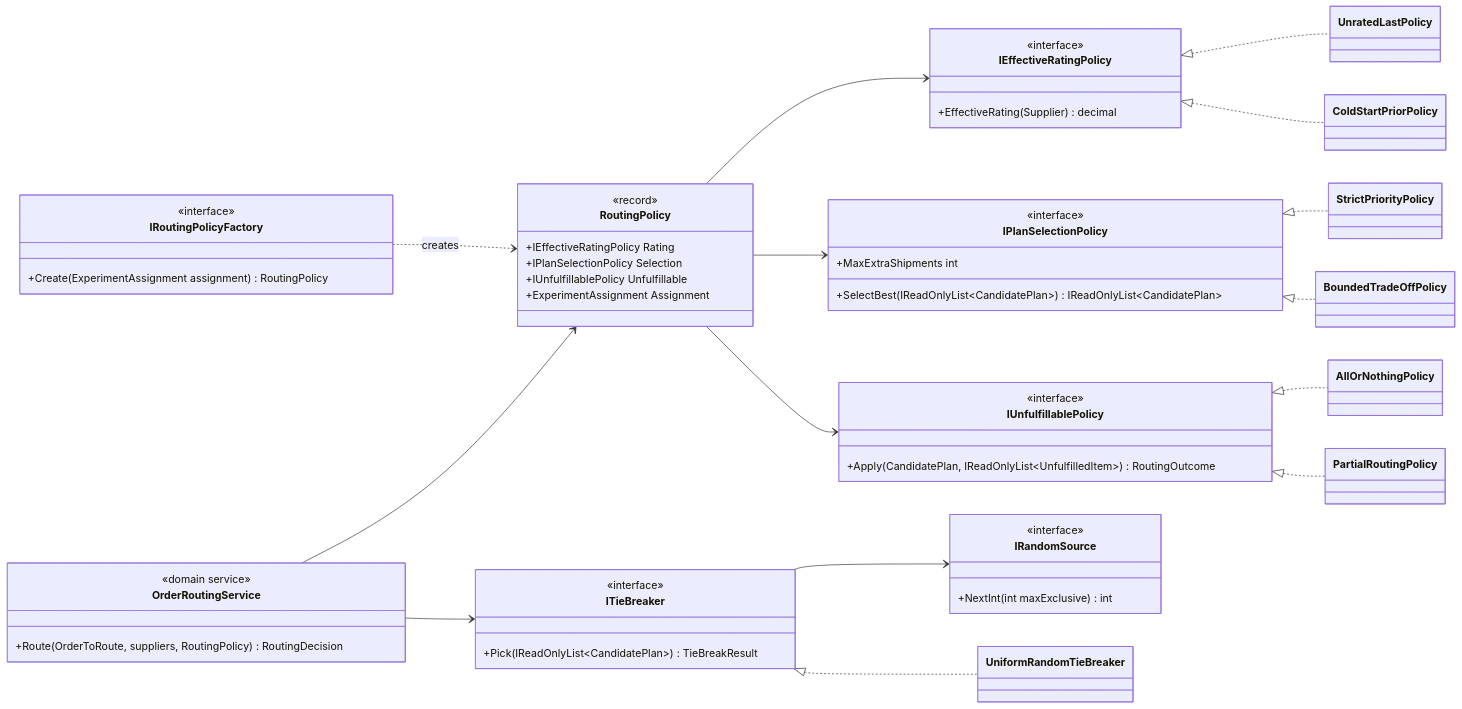
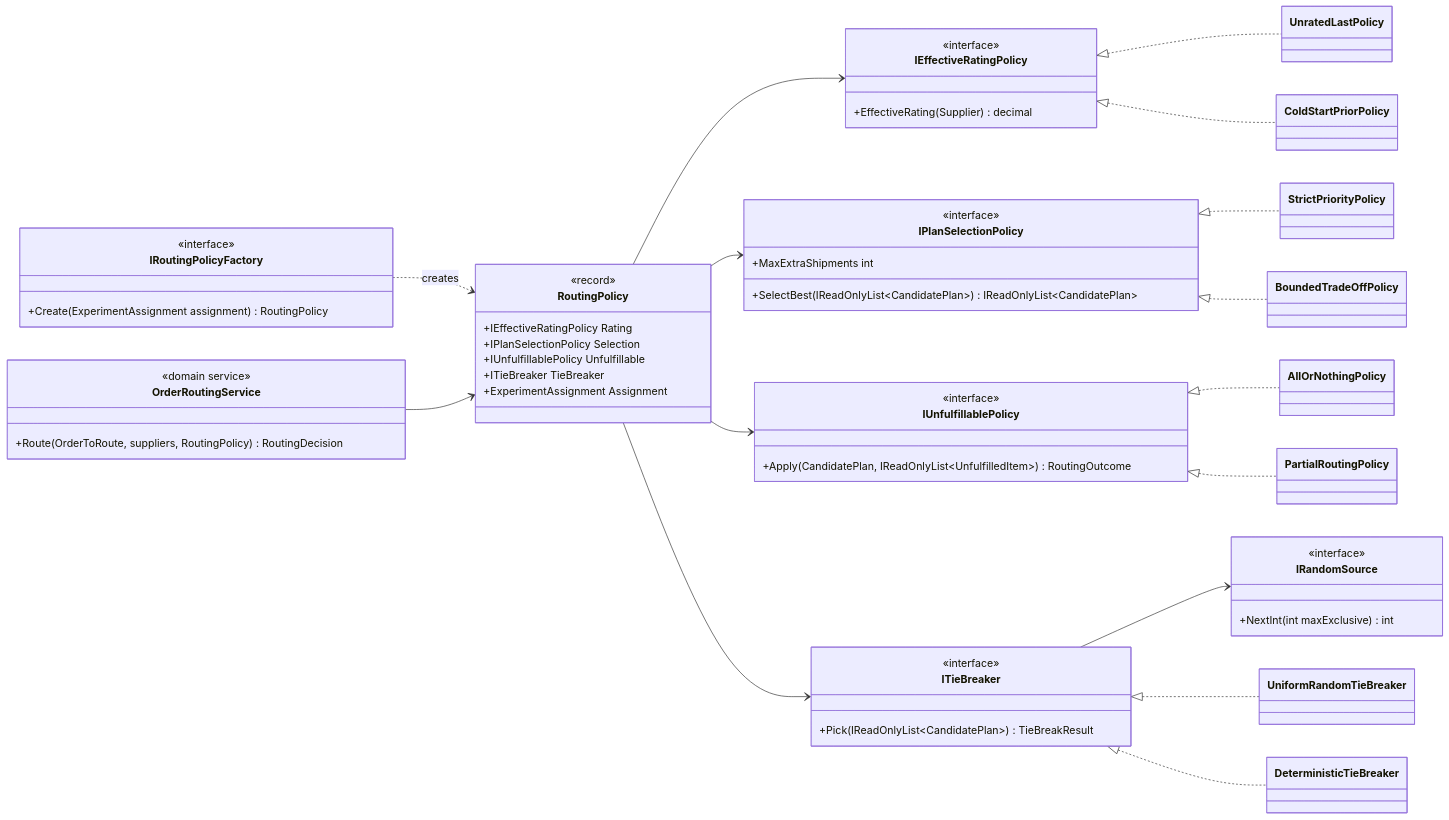
One commit to ricardochaidez/order-router changed the first of 2 diagrams in Docs/ADRs/ADR-0001-routing-strategy-composition.md. Above: the diagram before and after it, drawn with Mermaid. The commit also changed other lines of this file and 84 other files, not shown here.

````diff
--- a/Docs/ADRs/ADR-0001-routing-strategy-composition.md
+++ b/Docs/ADRs/ADR-0001-routing-strategy-composition.md
@@ -59,54 +61,56 @@
 ```mermaid
 classDiagram
     direction LR
     class RoutingPolicy {
         <<record>>
         +IEffectiveRatingPolicy Rating
         +IPlanSelectionPolicy Selection
         +IUnfulfillablePolicy Unfulfillable
+        +ITieBreaker TieBreaker
         +ExperimentAssignment Assignment
     }
     class IRoutingPolicyFactory {
         <<interface>>
         +Create(ExperimentAssignment assignment) RoutingPolicy
     }
     class OrderRoutingService {
         <<domain service>>
         +Route(OrderToRoute, suppliers, RoutingPolicy) RoutingDecision
     }
     class IEffectiveRatingPolicy {
         <<interface>>
         +EffectiveRating(Supplier) decimal
     }
     class IPlanSelectionPolicy {
         <<interface>>
         +MaxExtraShipments int
         +SelectBest(IReadOnlyList~CandidatePlan~) IReadOnlyList~CandidatePlan~
     }
     class IUnfulfillablePolicy {
         <<interface>>
         +Apply(CandidatePlan, IReadOnlyList~UnfulfilledItem~) RoutingOutcome
     }
     class ITieBreaker {
         <<interface>>
         +Pick(IReadOnlyList~CandidatePlan~) TieBreakResult
     }
     class IRandomSource {
         <<interface>>
         +NextInt(int maxExclusive) int
     }
     IRoutingPolicyFactory ..> RoutingPolicy : creates
     OrderRoutingService --> RoutingPolicy
-    OrderRoutingService --> ITieBreaker
     RoutingPolicy --> IEffectiveRatingPolicy
     RoutingPolicy --> IPlanSelectionPolicy
     RoutingPolicy --> IUnfulfillablePolicy
+    RoutingPolicy --> ITieBreaker
     ITieBreaker --> IRandomSource
     IEffectiveRatingPolicy <|.. UnratedLastPolicy
     IEffectiveRatingPolicy <|.. ColdStartPriorPolicy
     IPlanSelectionPolicy <|.. StrictPriorityPolicy
     IPlanSelectionPolicy <|.. BoundedTradeOffPolicy
     IUnfulfillablePolicy <|.. AllOrNothingPolicy
     IUnfulfillablePolicy <|.. PartialRoutingPolicy
     ITieBreaker <|.. UniformRandomTieBreaker
+    ITieBreaker <|.. DeterministicTieBreaker
 ```
````
